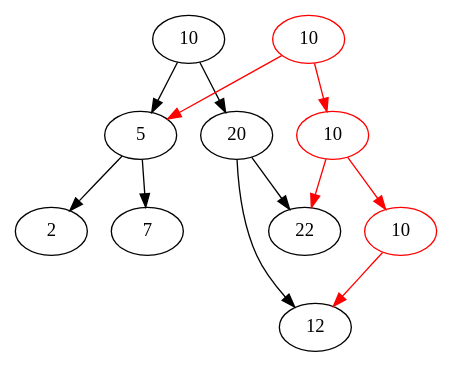
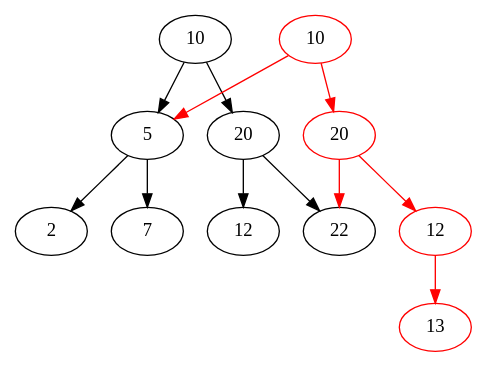
One commit to jyp/PLT-Course changed the fourth of 5 diagrams in Pub/Lectures.org. Above: the diagram before and after it, drawn with Graphviz. The commit also changed other lines of this file and 2 other files, not shown here.

```diff
--- a/Pub/Lectures.org
+++ b/Pub/Lectures.org
@@ -1721,21 +1763,22 @@
 #+begin_src dot :file tree-orig.svg :cmdline -Kdot -Tsvg
 digraph G {
   10 -> 5 -> 2; 
         5 -> 7;
   10 -> 20 -> 12;
         20 -> 22;
 node [color=red];
 edge [color=red];
 
 new10 [label="10"];
-new20 [label="10"];
-new13 [label="10"];
+new20 [label="20"];
+new12 [label="12"];
+new13 [label="13"];
 
 new10 -> 5;
 new10 -> new20;
-new20 -> new13;
+new20 -> new12;
 new20 -> 22;
-new13 -> 12;
+new12 -> new13;
   
 }
 #+end_src
```
